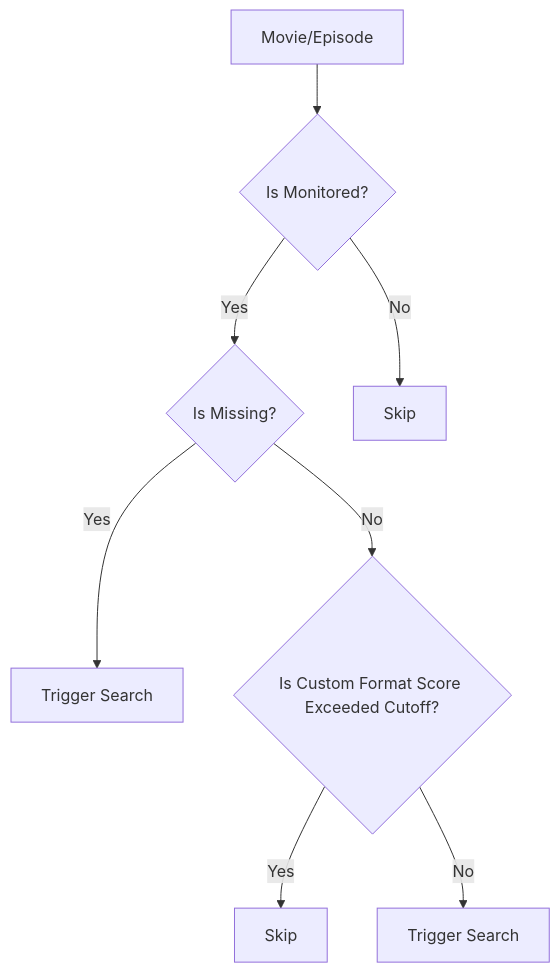
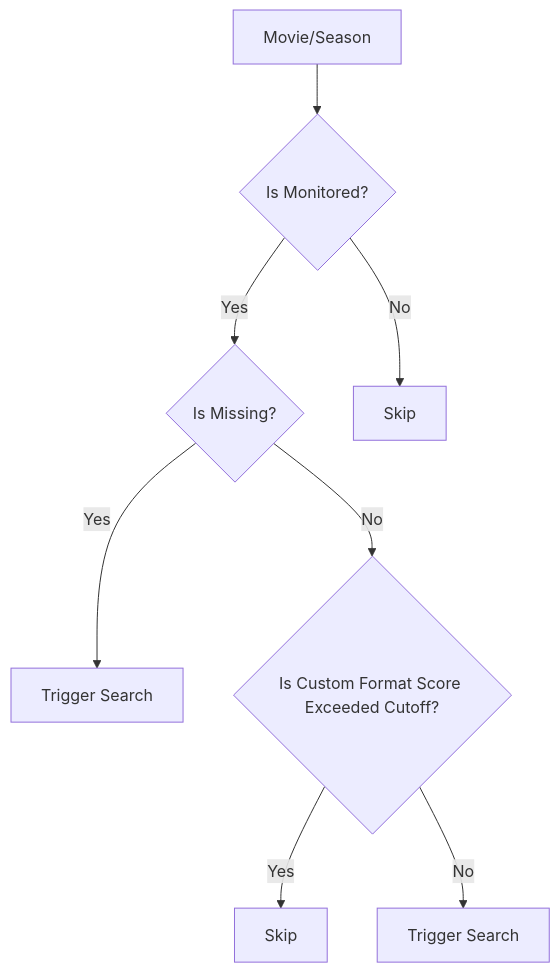
The diagram in README.md (dripdrop-apps/upgraderr), drawn with Mermaid before and after one commit.

Commit message:
docs(README): update diagram to indicate season rather than episode

````diff
--- a/README.md
+++ b/README.md
@@ -11,10 +11,10 @@
 ```mermaid
 graph TD;
-    A[Movie/Episode] --> B{Is Monitored?}
+    A[Movie/Season] --> B{Is Monitored?}
     B -- Yes --> C{Is Missing?}
     B -- No --> D[Skip]
     C -- Yes --> E[Trigger Search]
     C -- No --> F{Is Custom Format Score Exceeded Cutoff?}
     F -- Yes --> G[Skip]
     F -- No --> H[Trigger Search]
 ```
````
